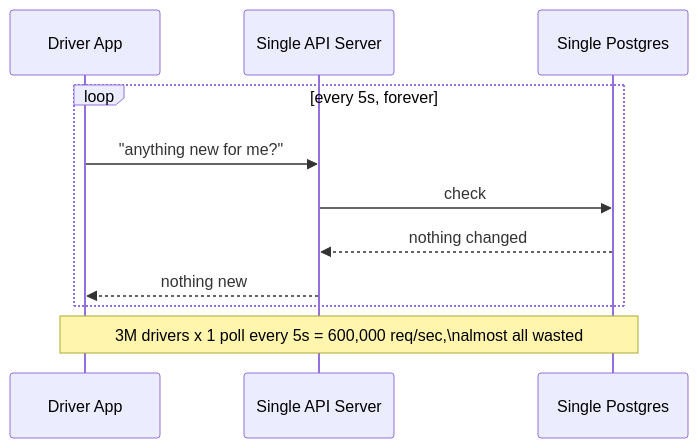
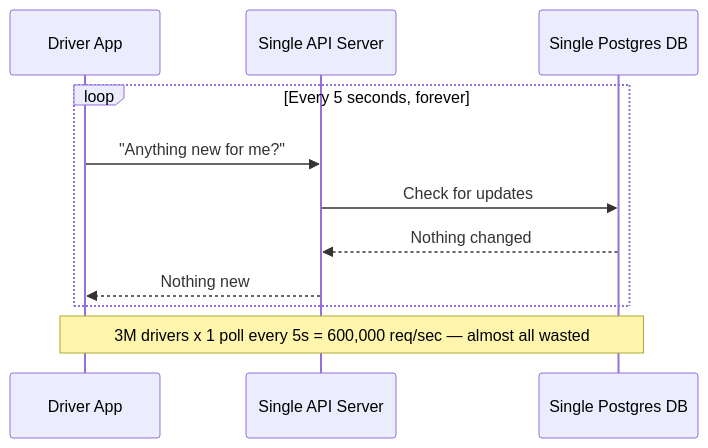
Before and after one commit to riyaz-pasha/Learnings: the first of 16 diagrams in system-design/HLD/0-course/30-Design Uber-FAANG-Guide-story.md, drawn with Mermaid. The commit also changed other lines of this file and 1 other file, not shown here.

First line of the commit message:
[REWRITE] Design Uber guides: simplify prose, add structure, fix dark-theme diagrams

````diff
--- a/system-design/HLD/0-course/30-Design Uber-FAANG-Guide-story.md
+++ b/system-design/HLD/0-course/30-Design Uber-FAANG-Guide-story.md
@@ -21,14 +96,14 @@
 ```mermaid
 sequenceDiagram
-    participant D as Driver App
+    participant Driver as Driver App
     participant API as Single API Server
-    participant DB as Single Postgres
+    participant DB as Single Postgres DB
 
-    loop every 5s, forever
-        D->>API: "anything new for me?"
-        API->>DB: check
-        DB-->>API: nothing changed
-        API-->>D: nothing new
+    loop Every 5 seconds, forever
+        Driver->>API: "Anything new for me?"
+        API->>DB: Check for updates
+        DB-->>API: Nothing changed
+        API-->>Driver: Nothing new
     end
-    Note over D,DB: 3M drivers x 1 poll every 5s = 600,000 req/sec,\nalmost all wasted
+    Note over Driver,DB: 3M drivers x 1 poll every 5s = 600,000 req/sec — almost all wasted
 ```
````
